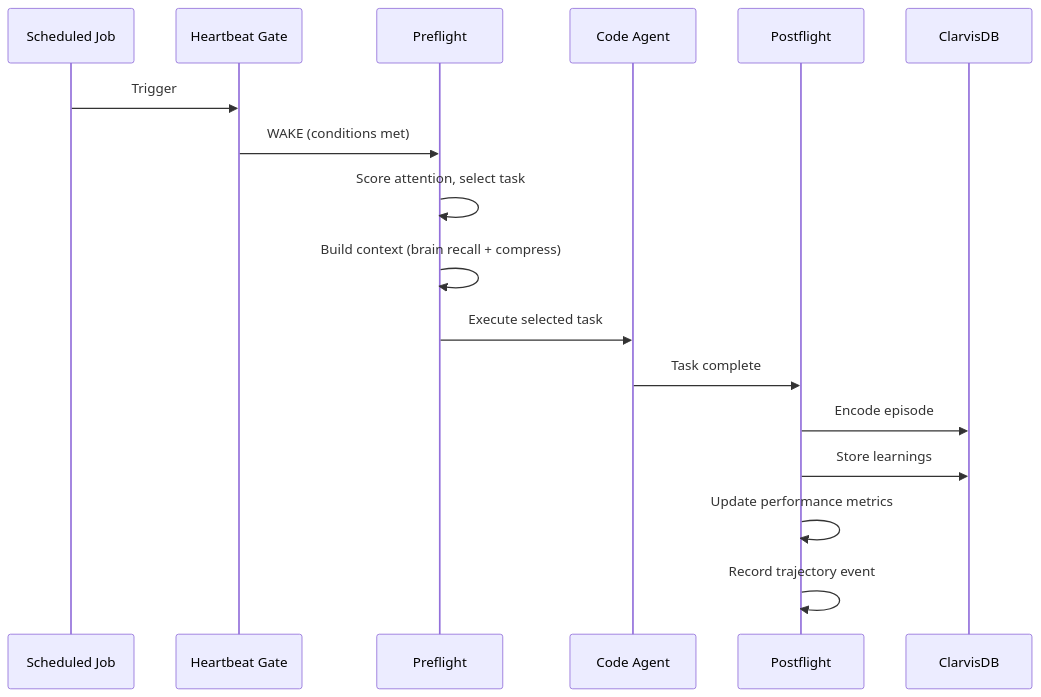
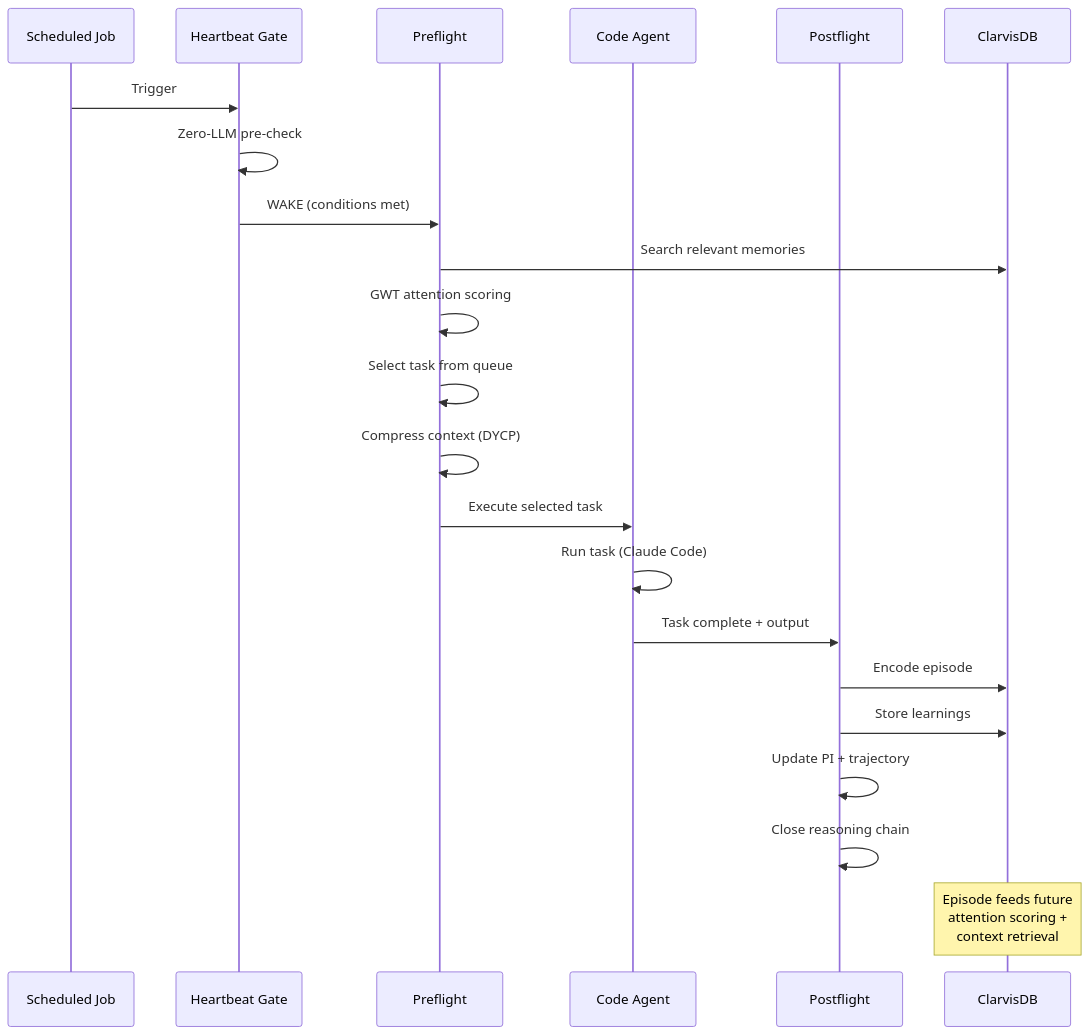
One commit to GranusClarvis/clarvis changed the fourth of 4 diagrams in README.md. Above: the diagram before and after it, drawn with Mermaid. The commit also changed other lines of this file, not shown here.

First line of the commit message:
docs: audit and update README.md against current architecture

````diff
--- a/README.md
+++ b/README.md
@@ -191,20 +341,25 @@
 ```mermaid
 sequenceDiagram
     participant Cron as Scheduled Job
     participant Gate as Heartbeat Gate
     participant Pre as Preflight
     participant Agent as Code Agent
     participant Post as Postflight
     participant Brain as ClarvisDB
 
     Cron->>Gate: Trigger
+    Gate->>Gate: Zero-LLM pre-check
     Gate->>Pre: WAKE (conditions met)
-    Pre->>Pre: Score attention, select task
-    Pre->>Pre: Build context (brain recall + compress)
+    Pre->>Brain: Search relevant memories
+    Pre->>Pre: GWT attention scoring
+    Pre->>Pre: Select task from queue
+    Pre->>Pre: Compress context (DYCP)
     Pre->>Agent: Execute selected task
-    Agent->>Post: Task complete
+    Agent->>Agent: Run task (Claude Code)
+    Agent->>Post: Task complete + output
     Post->>Brain: Encode episode
     Post->>Brain: Store learnings
-    Post->>Post: Update performance metrics
-    Post->>Post: Record trajectory event
+    Post->>Post: Update PI + trajectory
+    Post->>Post: Close reasoning chain
+    Note over Brain: Episode feeds future<br/>attention scoring +<br/>context retrieval
 ```
````
